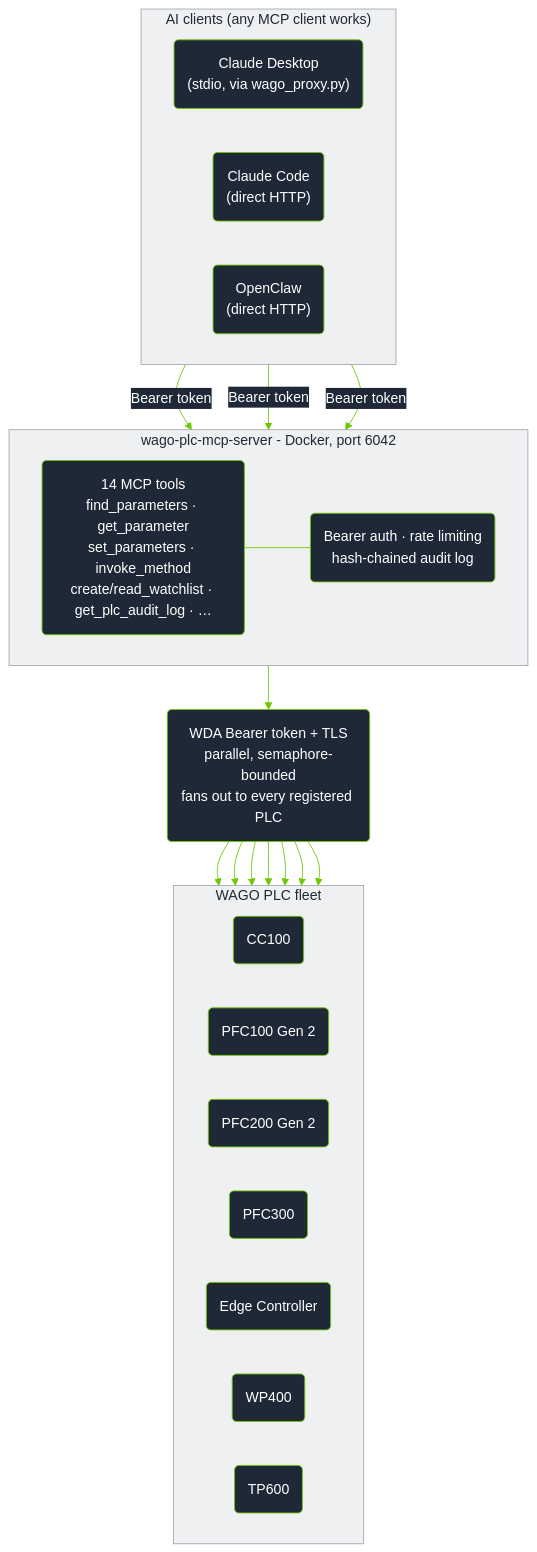
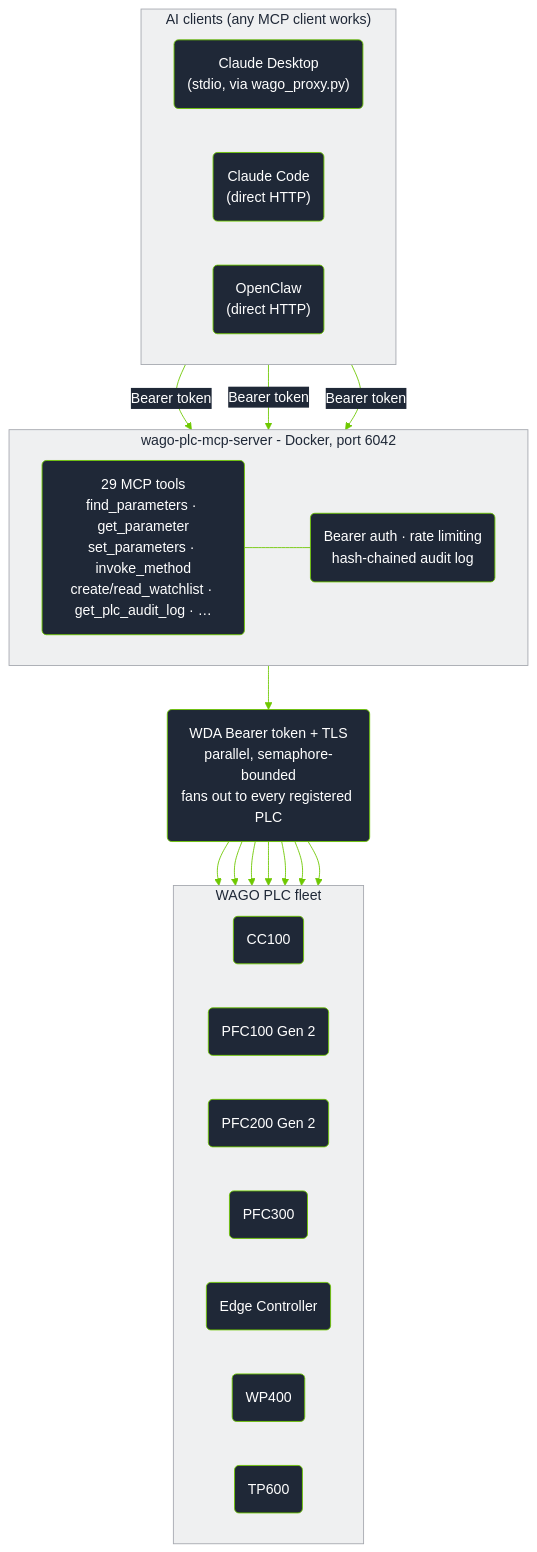
Before and after one commit to WagoAlex/wago-plc-mcp-server: the diagram in README.md, drawn with Mermaid. The commit also changed other lines of this file, not shown here.

First line of the commit message:
docs: update README for 29-tool coverage, PFC400, CC100-IEC62443

````diff
--- a/README.md
+++ b/README.md
@@ -32,49 +32,50 @@
 ```mermaid
 %%{init: {'theme':'base', 'themeVariables': {
   'primaryColor':'#1F2837',
   'primaryTextColor':'#ffffff',
   'primaryBorderColor':'#6EC800',
   'lineColor':'#6EC800',
   'secondaryColor':'#EFF0F1',
   'secondaryTextColor':'#1F2837',
   'secondaryBorderColor':'#A5A8AF',
   'tertiaryColor':'#FFFFFF',
   'tertiaryTextColor':'#1F2837',
   'tertiaryBorderColor':'#DEDFE1',
   'fontFamily':'Segoe UI, Helvetica, Arial, sans-serif',
   'clusterBkg':'#EFF0F1',
   'clusterBorder':'#A5A8AF',
   'edgeLabelBackground':'#1F2837'
 }}}%%
 flowchart TB
     subgraph Clients["AI clients (any MCP client works)"]
         direction LR
         CD("Claude Desktop<br/>(stdio, via wago_proxy.py)")
         CC("Claude Code<br/>(direct HTTP)")
         OC("OpenClaw<br/>(direct HTTP)")
     end
 
     CD & CC & OC -- "Bearer token" --> MCP
 
     subgraph Server["wago-plc-mcp-server - Docker, port 6042"]
         direction LR
-        MCP("14 MCP tools<br/>find_parameters · get_parameter<br/>set_parameters · invoke_method<br/>create/read_watchlist · get_plc_audit_log · …")
+        MCP("29 MCP tools<br/>find_parameters · get_parameter<br/>set_parameters · invoke_method<br/>create/read_watchlist · get_plc_audit_log · …")
         Guard("Bearer auth · rate limiting<br/>hash-chained audit log")
         MCP --- Guard
     end
 
     MCP --> FAN("WDA Bearer token + TLS<br/>parallel, semaphore-bounded<br/>fans out to every registered PLC")
 
     FAN --> P1 & P2 & P3 & P4 & P5 & P6 & Pn
 
     subgraph Fleet["WAGO PLC fleet"]
         direction LR
         P1("CC100")
         P2("PFC100 Gen 2")
         P3("PFC200 Gen 2")
         P4("PFC300")
         P5("Edge Controller")
         P6("WP400")
         Pn("TP600")
     end
+    %% PFC400 (750-8400) omitted from this diagram - not yet in hand, see Supported hardware
 ```
````
